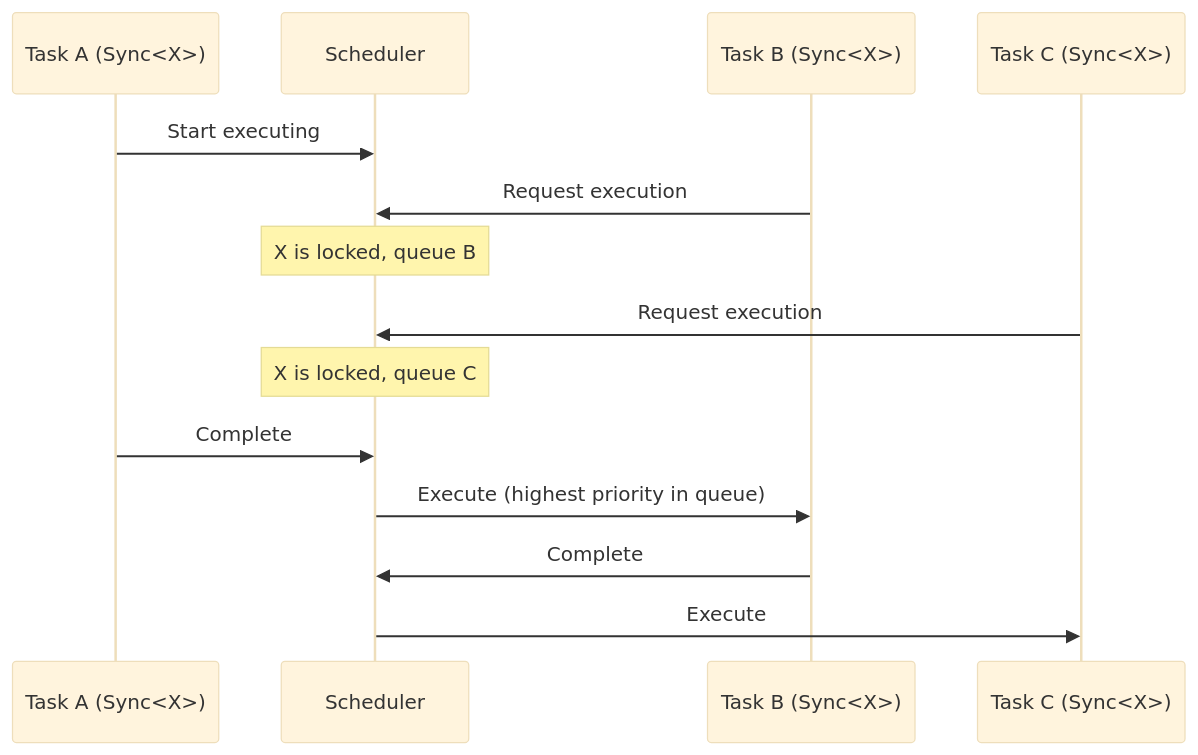
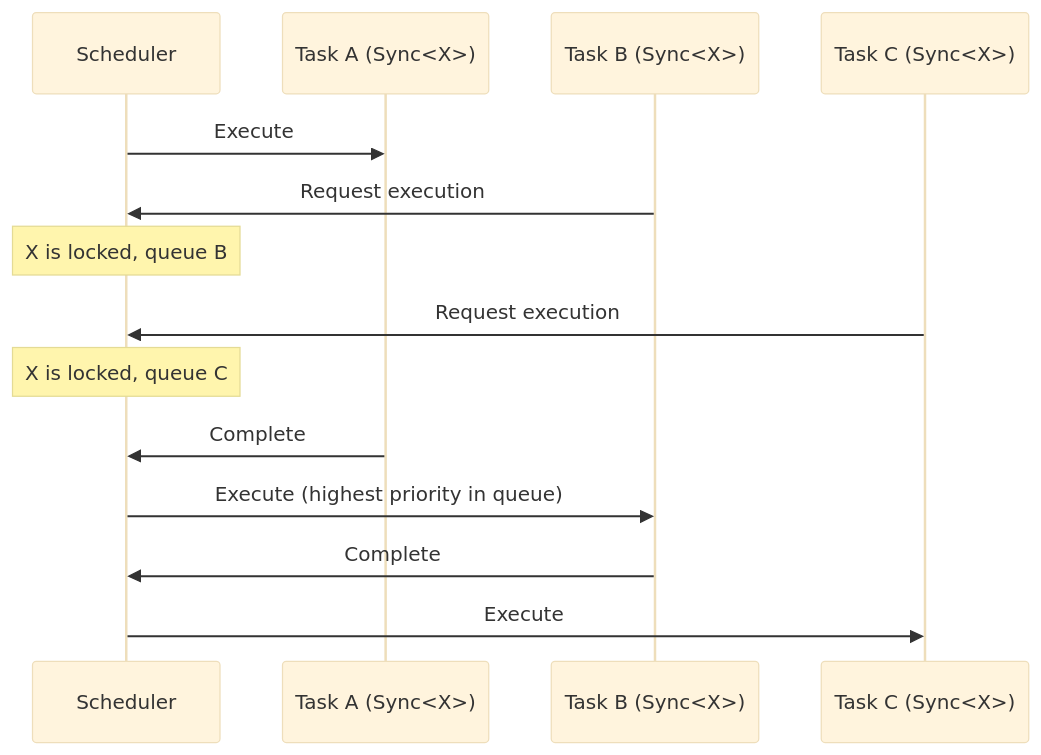
One commit to Fastcode/NUClear changed the diagram in docs2/how-to/synchronization.md. Above: the diagram before and after it, drawn with Mermaid (base theme). The commit also changed 14 other files, not shown here.

````diff
--- a/docs2/how-to/synchronization.md
+++ b/docs2/how-to/synchronization.md
@@ -77,17 +77,17 @@
 ```mermaid
 sequenceDiagram
+    participant S as Scheduler
     participant T1 as Task A (Sync<X>)
-    participant S as Scheduler
     participant T2 as Task B (Sync<X>)
     participant T3 as Task C (Sync<X>)
 
-    T1->>S: Start executing
+    S->>T1: Execute
     T2->>S: Request execution
     Note over S: X is locked, queue B
     T3->>S: Request execution
     Note over S: X is locked, queue C
     T1->>S: Complete
     S->>T2: Execute (highest priority in queue)
     T2->>S: Complete
     S->>T3: Execute
 ```
````
